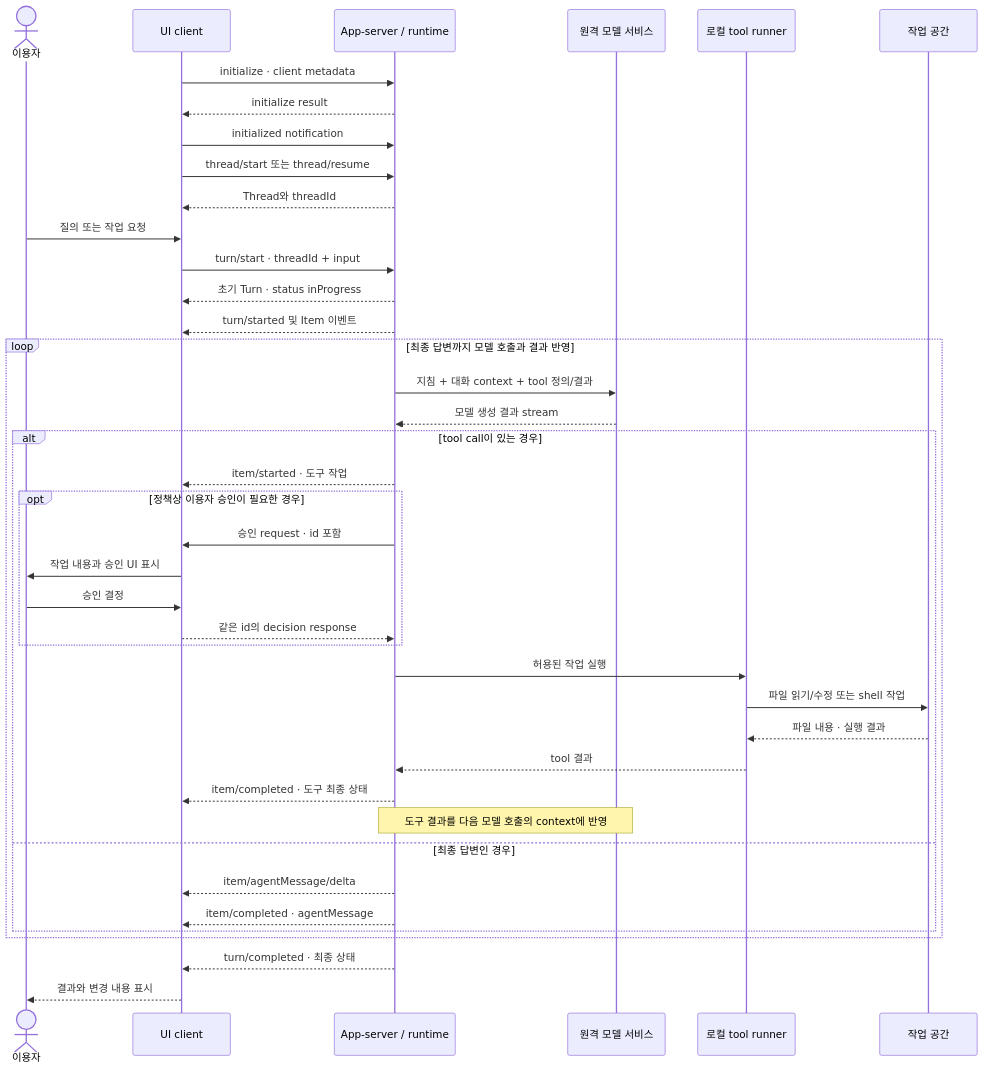
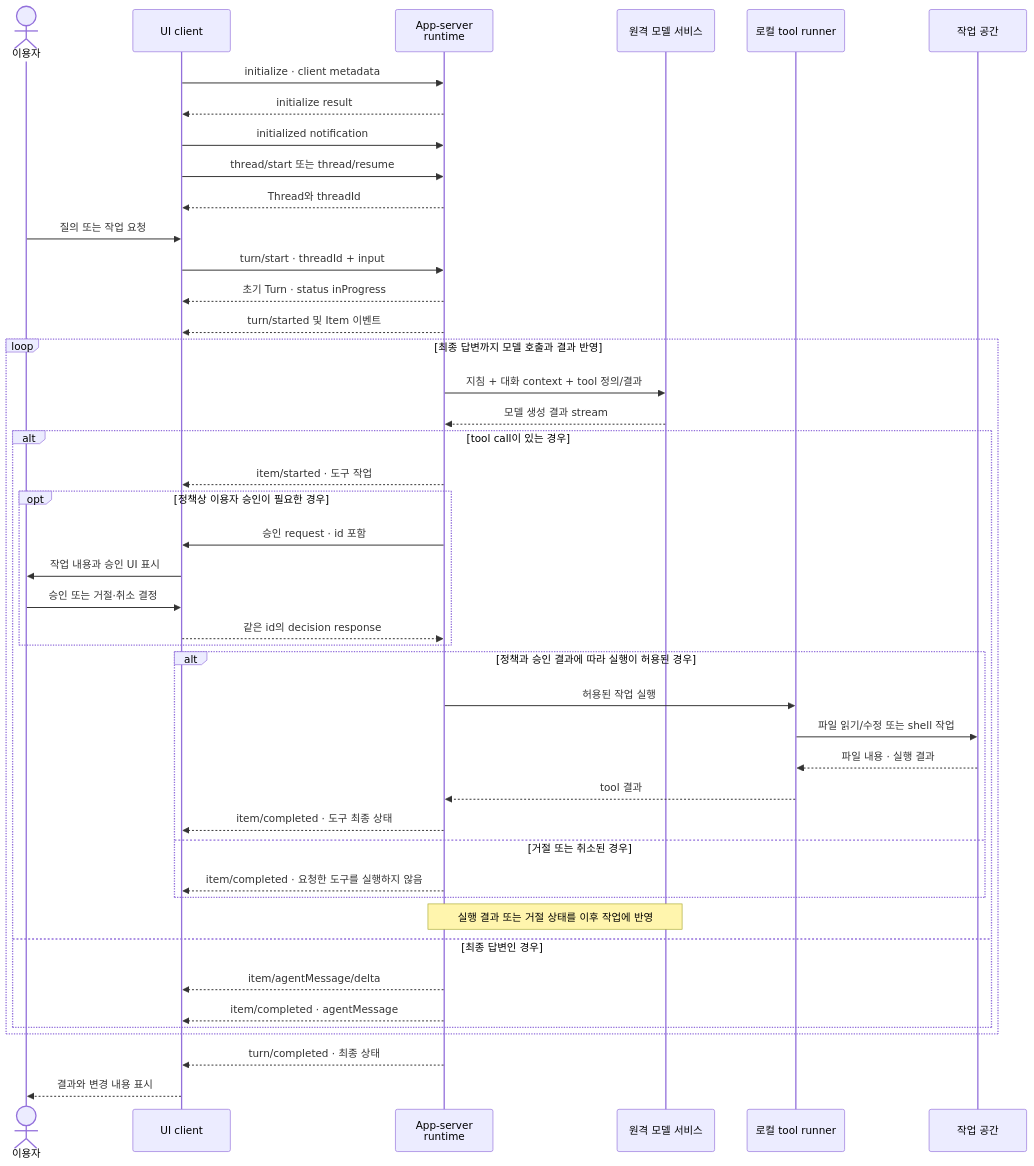
The third of 4 diagrams in docs/openai-llm-api/codex-app-server-architecture.md (jk-kim0/skills-jk), drawn with Mermaid before and after one commit. The commit also changed other lines of this file, not shown here.

Commit message:
docs: 승인 거절 분기와 아키텍처 도식 가독성 보완

````diff
--- a/docs/openai-llm-api/codex-app-server-architecture.md
+++ b/docs/openai-llm-api/codex-app-server-architecture.md
@@ -147,45 +147,49 @@
 ```mermaid
 sequenceDiagram
     actor U as 이용자
     participant C as UI client
-    participant A as App-server / runtime
+    participant A as App-server<br/>runtime
     participant M as 원격 모델 서비스
     participant T as 로컬 tool runner
     participant W as 작업 공간
 
     C->>A: initialize · client metadata
     A-->>C: initialize result
     C->>A: initialized notification
     C->>A: thread/start 또는 thread/resume
     A-->>C: Thread와 threadId
     U->>C: 질의 또는 작업 요청
     C->>A: turn/start · threadId + input
     A-->>C: 초기 Turn · status inProgress
     A-->>C: turn/started 및 Item 이벤트
 
     loop 최종 답변까지 모델 호출과 결과 반영
         A->>M: 지침 + 대화 context + tool 정의/결과
         M-->>A: 모델 생성 결과 stream
         alt tool call이 있는 경우
             A-->>C: item/started · 도구 작업
             opt 정책상 이용자 승인이 필요한 경우
                 A->>C: 승인 request · id 포함
                 C->>U: 작업 내용과 승인 UI 표시
-                U->>C: 승인 결정
+                U->>C: 승인 또는 거절·취소 결정
                 C-->>A: 같은 id의 decision response
             end
-            A->>T: 허용된 작업 실행
-            T->>W: 파일 읽기/수정 또는 shell 작업
-            W-->>T: 파일 내용 · 실행 결과
-            T-->>A: tool 결과
-            A-->>C: item/completed · 도구 최종 상태
-            Note over A,M: 도구 결과를 다음 모델 호출의 context에 반영
+            alt 정책과 승인 결과에 따라 실행이 허용된 경우
+                A->>T: 허용된 작업 실행
+                T->>W: 파일 읽기/수정 또는 shell 작업
+                W-->>T: 파일 내용 · 실행 결과
+                T-->>A: tool 결과
+                A-->>C: item/completed · 도구 최종 상태
+            else 거절 또는 취소된 경우
+                A-->>C: item/completed · 요청한 도구를 실행하지 않음
+            end
+            Note over A,M: 실행 결과 또는 거절 상태를 이후 작업에 반영
         else 최종 답변인 경우
             A-->>C: item/agentMessage/delta
             A-->>C: item/completed · agentMessage
         end
     end
 
     A-->>C: turn/completed · 최종 상태
     C-->>U: 결과와 변경 내용 표시
 ```
````
